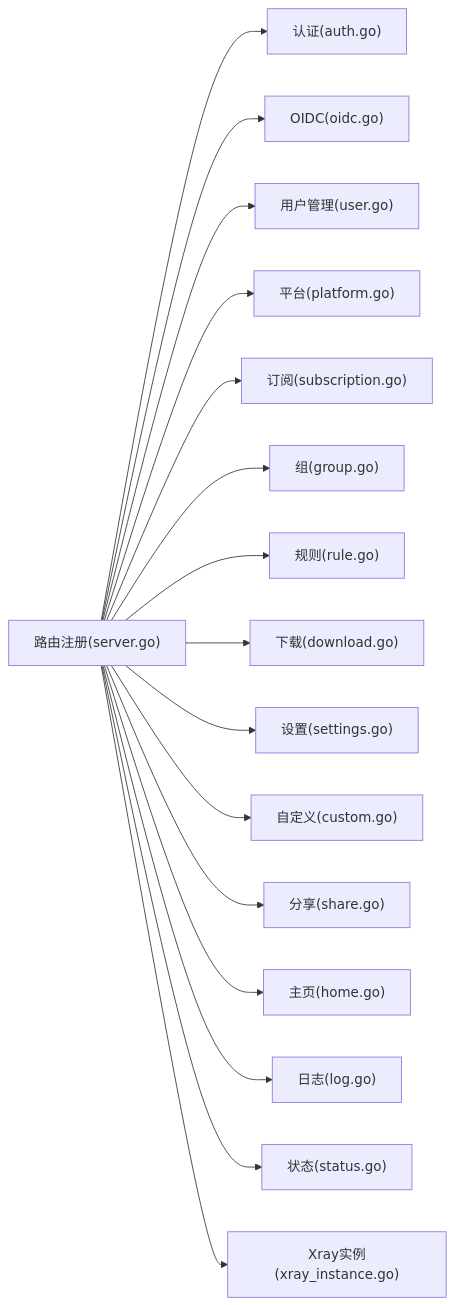
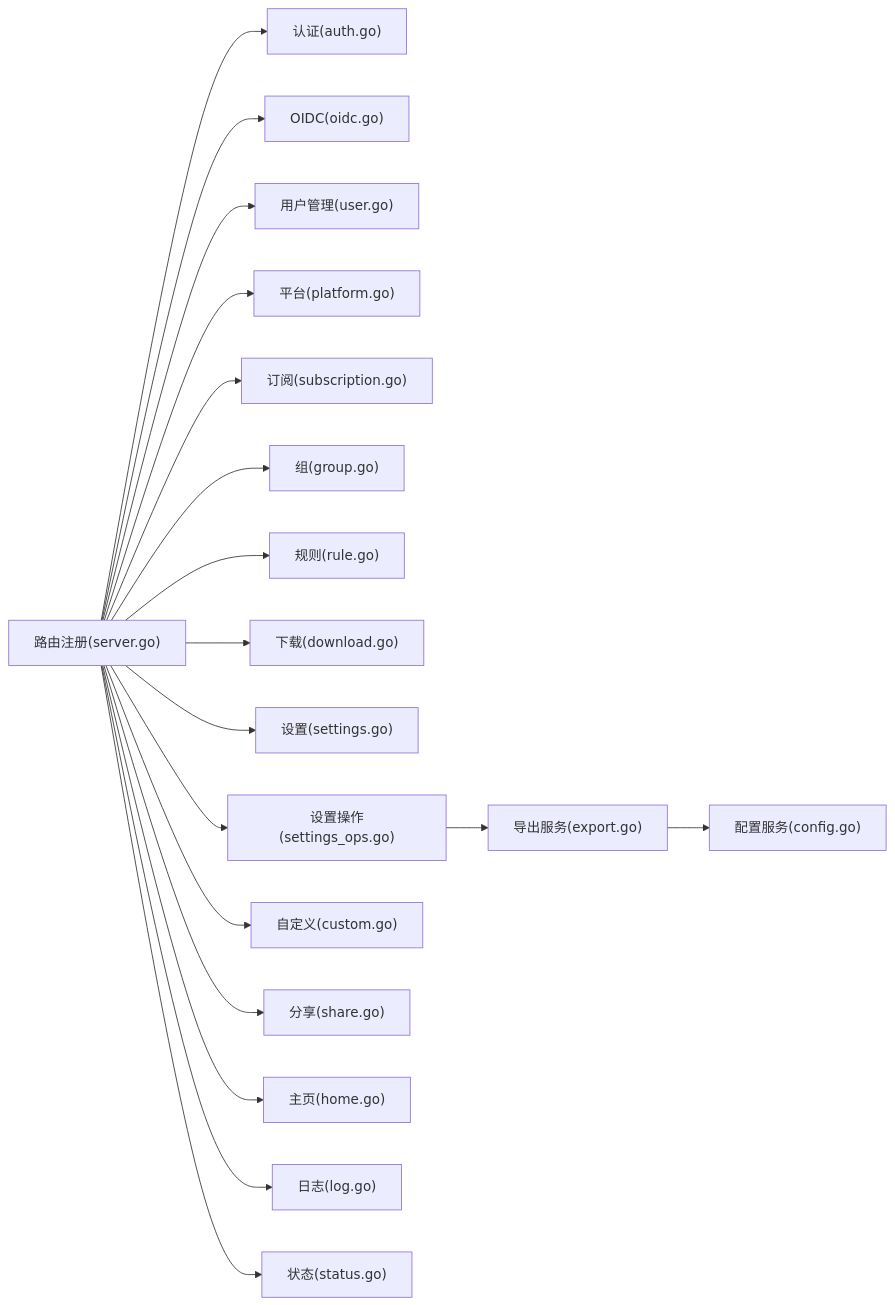
One commit to AlcaProphet/VPN-Subscription-Management changed the third of 6 diagrams in .qoder/repowiki/zh/content/API接口文档/API接口文档.md. Above: the diagram before and after it, drawn with Mermaid. The commit also changed other lines of this file and 20 other files, not shown here.

````diff
--- a/.qoder/repowiki/zh/content/API接口文档/API接口文档.md
+++ b/.qoder/repowiki/zh/content/API接口文档/API接口文档.md
@@ -660,18 +673,20 @@
 ```mermaid
 graph LR
 R["路由注册(server.go)"] --> A["认证(auth.go)"]
 R --> O["OIDC(oidc.go)"]
 R --> U["用户管理(user.go)"]
 R --> P["平台(platform.go)"]
 R --> S["订阅(subscription.go)"]
 R --> G["组(group.go)"]
 R --> RU["规则(rule.go)"]
 R --> D["下载(download.go)"]
 R --> ST["设置(settings.go)"]
+R --> SO["设置操作(settings_ops.go)"]
 R --> C["自定义(custom.go)"]
 R --> SH["分享(share.go)"]
 R --> H["主页(home.go)"]
 R --> L["日志(log.go)"]
 R --> SS["状态(status.go)"]
-R --> X["Xray实例(xray_instance.go)"]
+SO --> ES["导出服务(export.go)"]
+ES --> CFG["配置服务(config.go)"]
 ```
````
